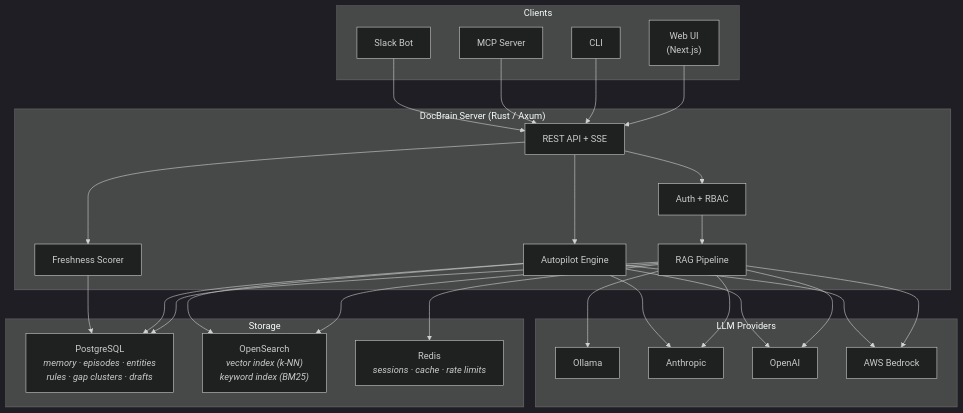
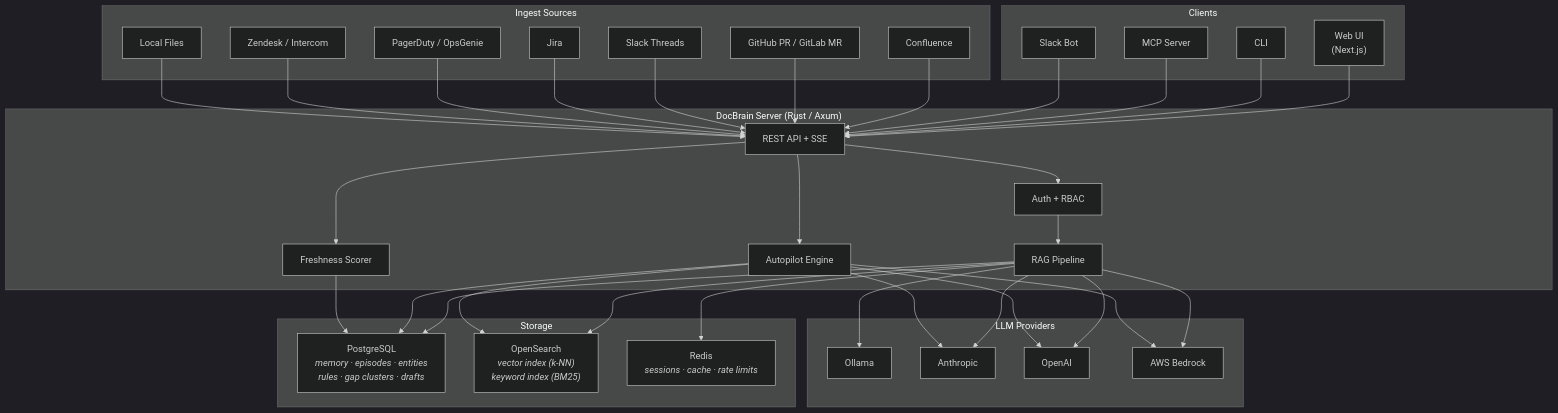
Before and after one commit to docbrain-ai/docbrain: the fourth of 4 diagrams in README.md, drawn with Mermaid (dark theme). The commit also changed other lines of this file and 3 other files, not shown here.

````diff
--- a/README.md
+++ b/README.md
@@ -1034,40 +1004,51 @@
 ```mermaid
 graph TB
     subgraph "Clients"
         WEB["Web UI<br/>(Next.js)"]
         CLI["CLI"]
         MCP["MCP Server"]
         SLACK["Slack Bot"]
     end
 
     subgraph "DocBrain Server (Rust / Axum)"
         API["REST API + SSE"]
         AUTH["Auth + RBAC"]
         RAG["RAG Pipeline"]
         AUTO["Autopilot Engine"]
         FRESH["Freshness Scorer"]
     end
 
+    subgraph "Ingest Sources"
+        CF["Confluence"]
+        GH["GitHub PR / GitLab MR"]
+        SL["Slack Threads"]
+        JR["Jira"]
+        PD["PagerDuty / OpsGenie"]
+        ZD["Zendesk / Intercom"]
+        LO["Local Files"]
+    end
+
     subgraph "Storage"
         PG["PostgreSQL<br/><i>memory · episodes · entities<br/>rules · gap clusters · drafts</i>"]
         OS["OpenSearch<br/><i>vector index (k-NN)<br/>keyword index (BM25)</i>"]
         RD["Redis<br/><i>sessions · cache · rate limits</i>"]
     end
 
     subgraph "LLM Providers"
         OL["Ollama"]
         AN["Anthropic"]
         OA["OpenAI"]
         BR["AWS Bedrock"]
     end
 
     WEB & CLI & MCP & SLACK --> API
+    CF & GH & SL & JR & PD & ZD & LO --> API
     API --> AUTH --> RAG
     API --> AUTO
     API --> FRESH
     RAG --> PG & OS & RD
     RAG --> OL & AN & OA & BR
     AUTO --> PG & OS
     AUTO --> AN & OA & BR
     FRESH --> PG
 ```
````
